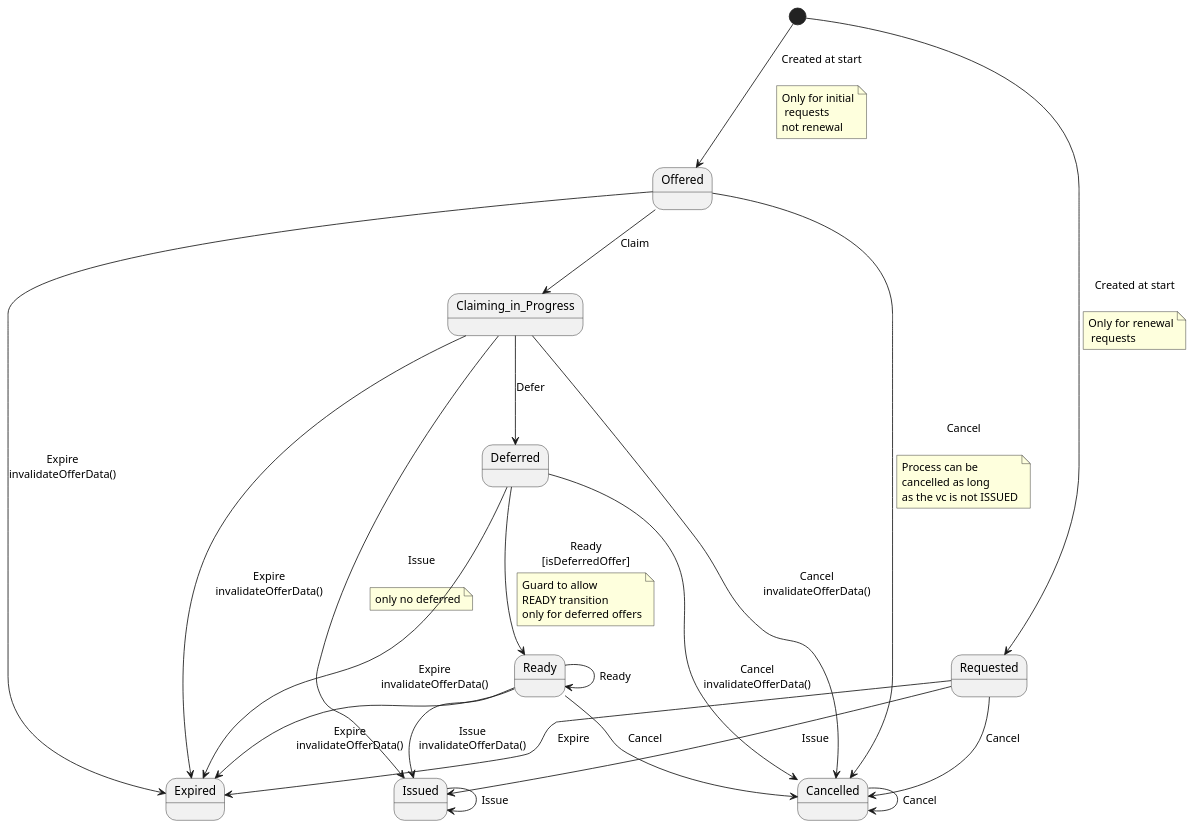
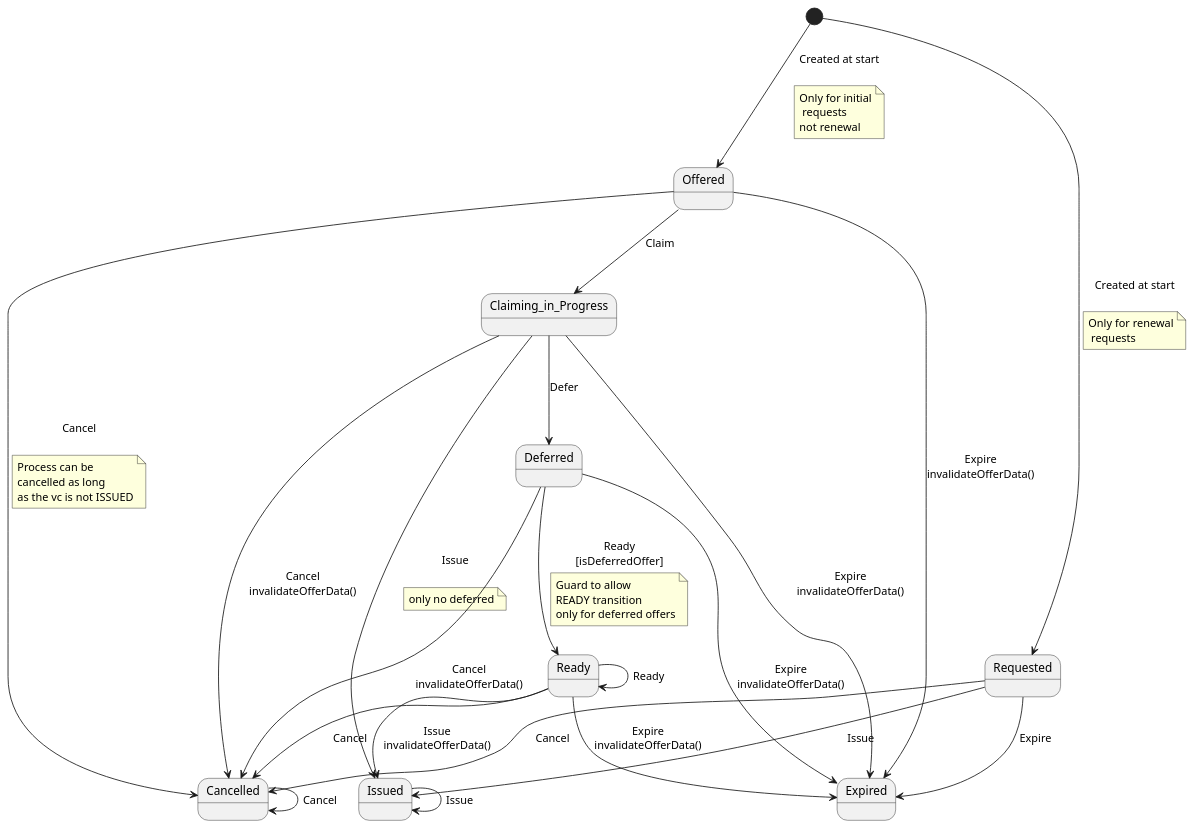
One commit to swiyu-admin-ch/swiyu-issuer changed the diagram in issuer-service/src/main/resources/plantuml/credentialOfferStateMachine.puml. Above: the diagram before and after it, drawn with PlantUML. The commit also changed other lines of this file and 11 other files, not shown here.

```diff
--- a/issuer-service/src/main/resources/plantuml/credentialOfferStateMachine.puml
+++ b/issuer-service/src/main/resources/plantuml/credentialOfferStateMachine.puml
@@ -1,58 +1,58 @@
 @startuml
 state Offered
-state Requested
+state Deferred
+state Claiming_in_Progress
 state Ready
 state Expired
-state Claiming_in_Progress
+state Cancelled
+state Requested
 state Issued
-state Deferred
-state Cancelled
 [*] --> Offered : Created at start\n
 note on link
 Only for initial
  requests
 not renewal
 end note
 
 [*] --> Requested : Created at start\n
 note on link
 Only for renewal
  requests
 end note
 
 Requested --> Issued : Issue
 Requested --> Cancelled : Cancel
 Requested --> Expired : Expire
 Offered --> Cancelled : Cancel\n
 note on link
 Process can be
 cancelled as long
 as the vc is not ISSUED
 end note
 
 Offered --> Expired : Expire\ninvalidateOfferData()
 Offered --> Claiming_in_Progress : Claim
 Claiming_in_Progress --> Expired : Expire\ninvalidateOfferData()
 Claiming_in_Progress --> Deferred : Defer
 Claiming_in_Progress --> Issued : Issue\n
 note on link
 only no deferred
 end note
 
 Claiming_in_Progress --> Cancelled : Cancel\ninvalidateOfferData()
 Deferred --> Ready : Ready\n[isDeferredOffer]
 note on link
 Guard to allow
 READY transition
 only for deferred offers
 end note
 
 Deferred --> Expired : Expire\ninvalidateOfferData()
 Deferred --> Cancelled : Cancel\ninvalidateOfferData()
 Ready --> Issued : Issue\ninvalidateOfferData()
 Ready --> Expired : Expire\ninvalidateOfferData()
 Ready --> Cancelled : Cancel
 Ready --> Ready : Ready
 Issued --> Issued : Issue
 Cancelled --> Cancelled : Cancel
 @enduml
```
